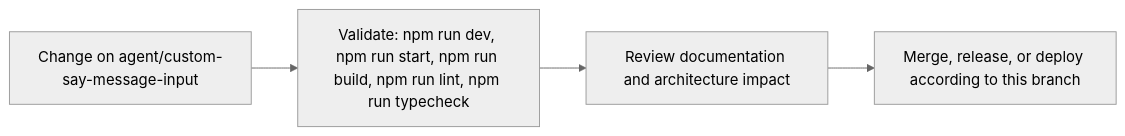
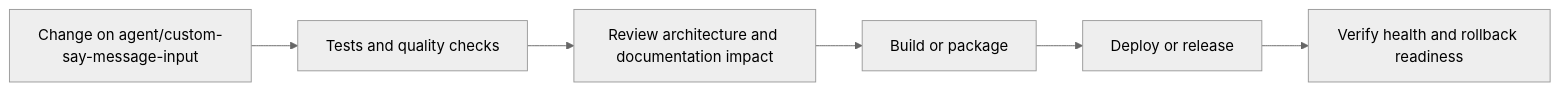
Before and after one commit to Nischhalsubba/BindForge-NW: the fourth of 5 diagrams in README.md, drawn with Mermaid (neutral theme). The commit also changed other lines of this file, not shown here.

````diff
--- a/README.md
+++ b/README.md
@@ -74,8 +150,8 @@
 ```mermaid
 flowchart LR
-    CHANGE["Change on agent/custom-say-message-input"]
-    CHECK["Validate: npm run dev, npm run start, npm run build, npm run lint, npm run typecheck"]
-    REVIEW["Review documentation and architecture impact"]
-    RELEASE["Merge, release, or deploy according to this branch"]
-    CHANGE --> CHECK --> REVIEW --> RELEASE
+    CHANGE["Change on agent/custom-say-message-input"] --> CHECK["Tests and quality checks"]
+    CHECK --> REVIEW["Review architecture and documentation impact"]
+    REVIEW --> BUILD["Build or package"]
+    BUILD --> DEPLOY["Deploy or release"]
+    DEPLOY --> VERIFY["Verify health and rollback readiness"]
 ```
````
